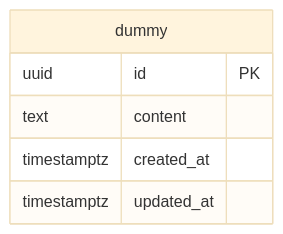
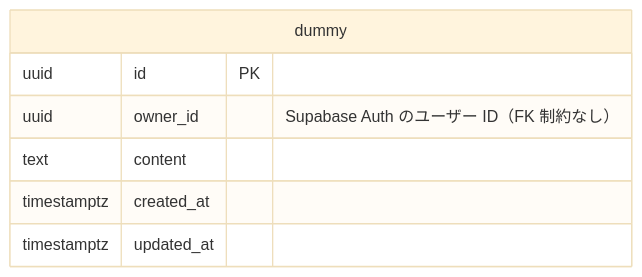
The diagram in docs/er-diagram.md (Hitamuki/study-web-modern-stack), drawn with Mermaid (base theme) before and after one commit. The commit also changed other lines of this file and 11 other files, not shown here.

````diff
--- a/docs/er-diagram.md
+++ b/docs/er-diagram.md
@@ -5,9 +5,10 @@
 ```mermaid
 erDiagram
   dummy {
     uuid id PK
+    uuid owner_id "Supabase Auth のユーザー ID（FK 制約なし）"
     text content
     timestamptz created_at
     timestamptz updated_at
   }
 ```
````
